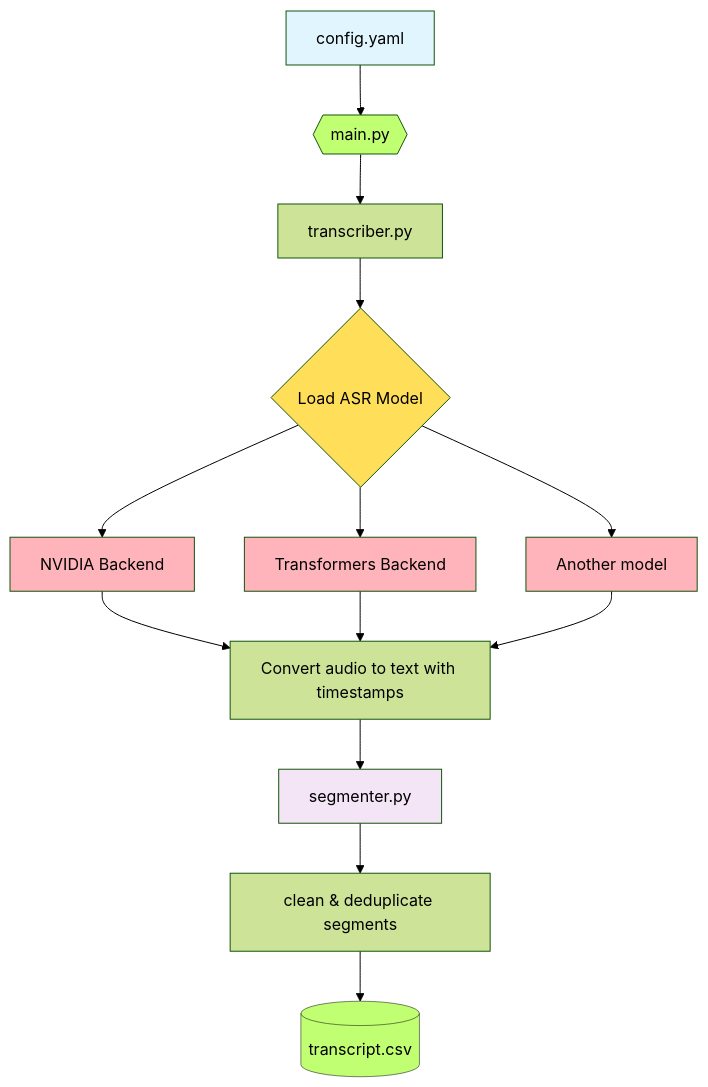
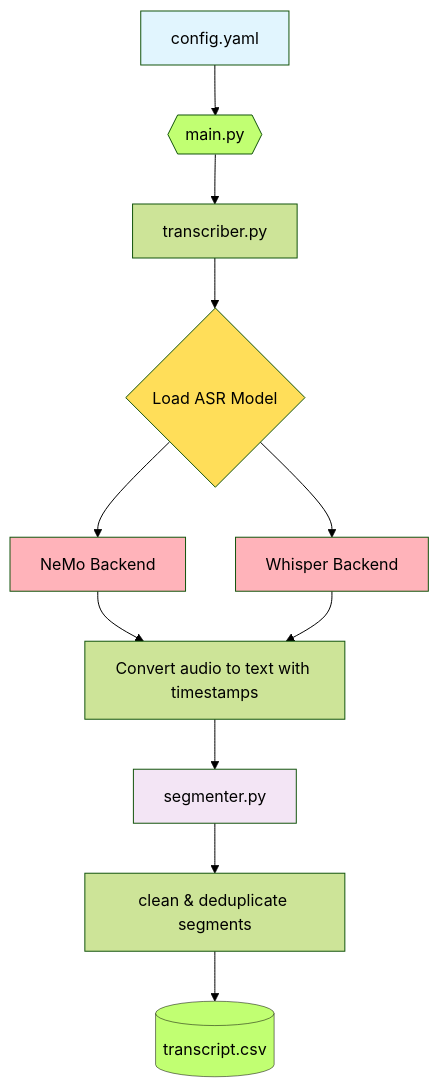
One commit to alozowski/textplease changed the diagram in README.md. Above: the diagram before and after it, drawn with Mermaid (forest theme). The commit also changed other lines of this file, not shown here.

````diff
--- a/README.md
+++ b/README.md
@@ -69,24 +68,21 @@
 ```mermaid
 flowchart TD
     A[config.yaml] --> B@{ shape: "hex", label: "main.py" }
     B --> C[transcriber.py]
     C --> D@{ shape: "diam", label: "Load ASR Model" }
-    D --> D1[NVIDIA Backend]
-    D --> D2[Transformers Backend]
-    D --> D3[Another model]
+    D --> D1[NeMo Backend]
+    D --> D2[Whisper Backend]
     D1 --> E[Convert audio to text with timestamps]
     D2 --> E
-    D3 --> E
     E --> F[segmenter.py]
     F --> G[clean & deduplicate segments]
     G --> H@{ shape: "cyl", label: "transcript.csv" }
     
     style A fill:#e1f5fe
     style B color:#000000,fill:#C1FF72
     style D color:#000000,fill:#FFDE59
     style D1 fill:#FFB3BA
     style D2 fill:#FFB3BA
-    style D3 fill:#FFB3BA
     style F fill:#f3e5f5
     style H fill:#C1FF72,stroke-width:0.5px,stroke:#000000
 ```
````
